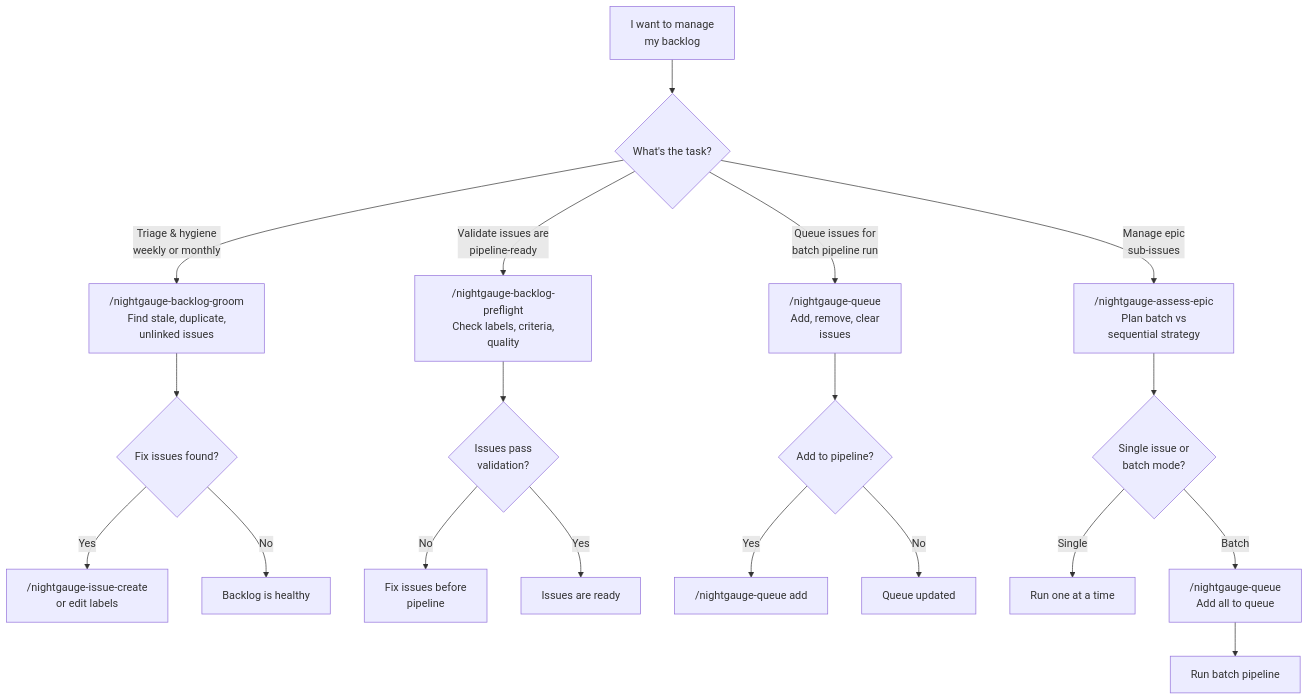
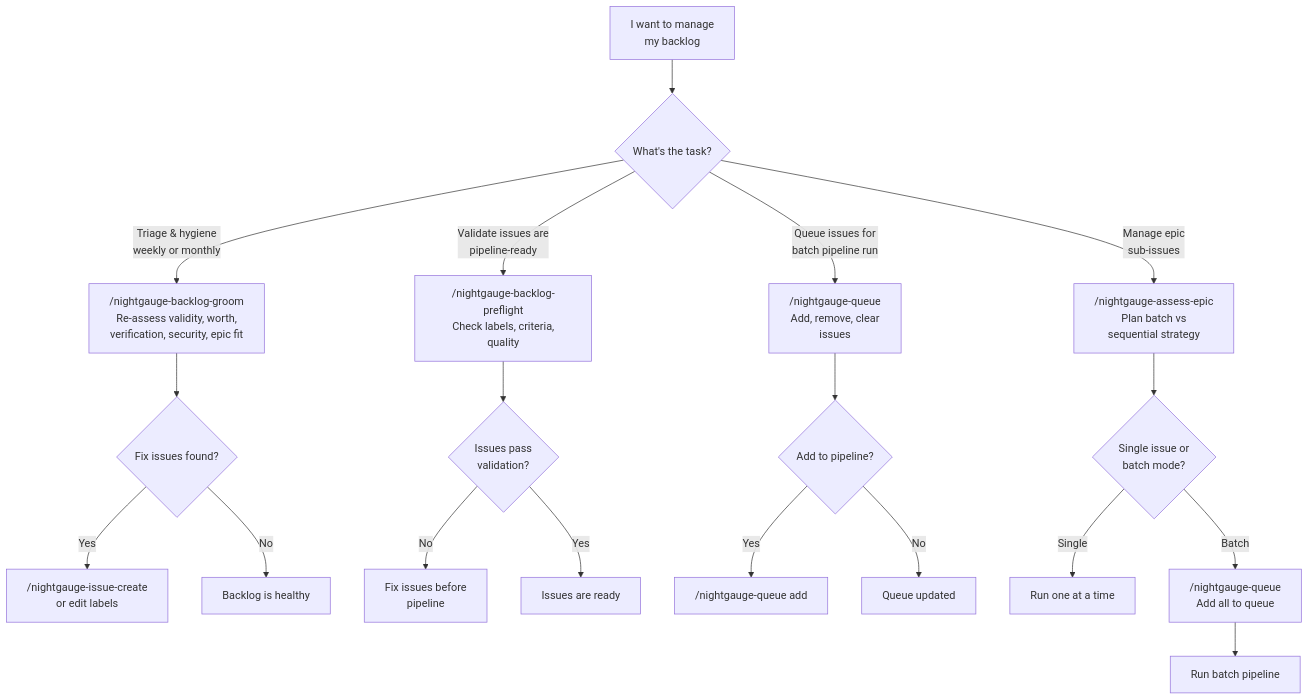
The sixth of 13 diagrams in docs/DECISION_TREES.md (nightgauge/nightgauge), drawn with Mermaid before and after one commit. The commit also changed other lines of this file and 15 other files, not shown here.

First line of the commit message:
feat(skills): consolidate backlog-audit into backlog-groom 2.0.0

````diff
--- a/docs/DECISION_TREES.md
+++ b/docs/DECISION_TREES.md
@@ -261,21 +261,21 @@
 ```mermaid
 flowchart TD
     A["I want to manage<br/>my backlog"] --> B{What's the task?}
-    B -->|Triage & hygiene<br/>weekly or monthly| C["/nightgauge-backlog-groom<br/>Find stale, duplicate,<br/>unlinked issues"]
+    B -->|Triage & hygiene<br/>weekly or monthly| C["/nightgauge-backlog-groom<br/>Re-assess validity, worth,<br/>verification, security, epic fit"]
     B -->|Validate issues are<br/>pipeline-ready| D["/nightgauge-backlog-preflight<br/>Check labels, criteria,<br/>quality"]
     B -->|Queue issues for<br/>batch pipeline run| E["/nightgauge-queue<br/>Add, remove, clear<br/>issues"]
     B -->|Manage epic<br/>sub-issues| F["/nightgauge-assess-epic<br/>Plan batch vs<br/>sequential strategy"]
     C --> G{Fix issues found?}
     G -->|Yes| H["/nightgauge-issue-create<br/>or edit labels"]
     G -->|No| I["Backlog is healthy"]
     D --> J{Issues pass<br/>validation?}
     J -->|No| K["Fix issues before<br/>pipeline"]
     J -->|Yes| L["Issues are ready"]
     E --> M{Add to pipeline?}
     M -->|Yes| N["/nightgauge-queue add"]
     M -->|No| O["Queue updated"]
     F --> P{Single issue or<br/>batch mode?}
     P -->|Single| Q["Run one at a time"]
     P -->|Batch| R["/nightgauge-queue<br/>Add all to queue"]
     R --> S["Run batch pipeline"]
 ```
````
